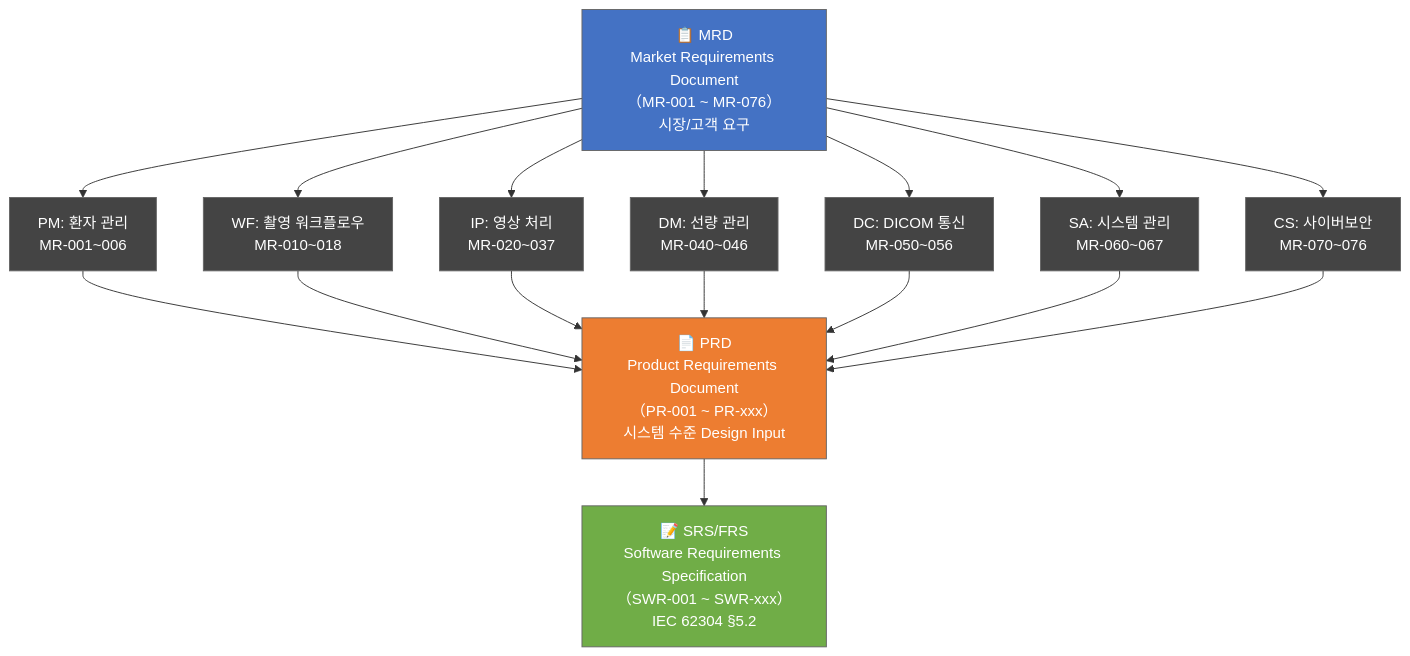
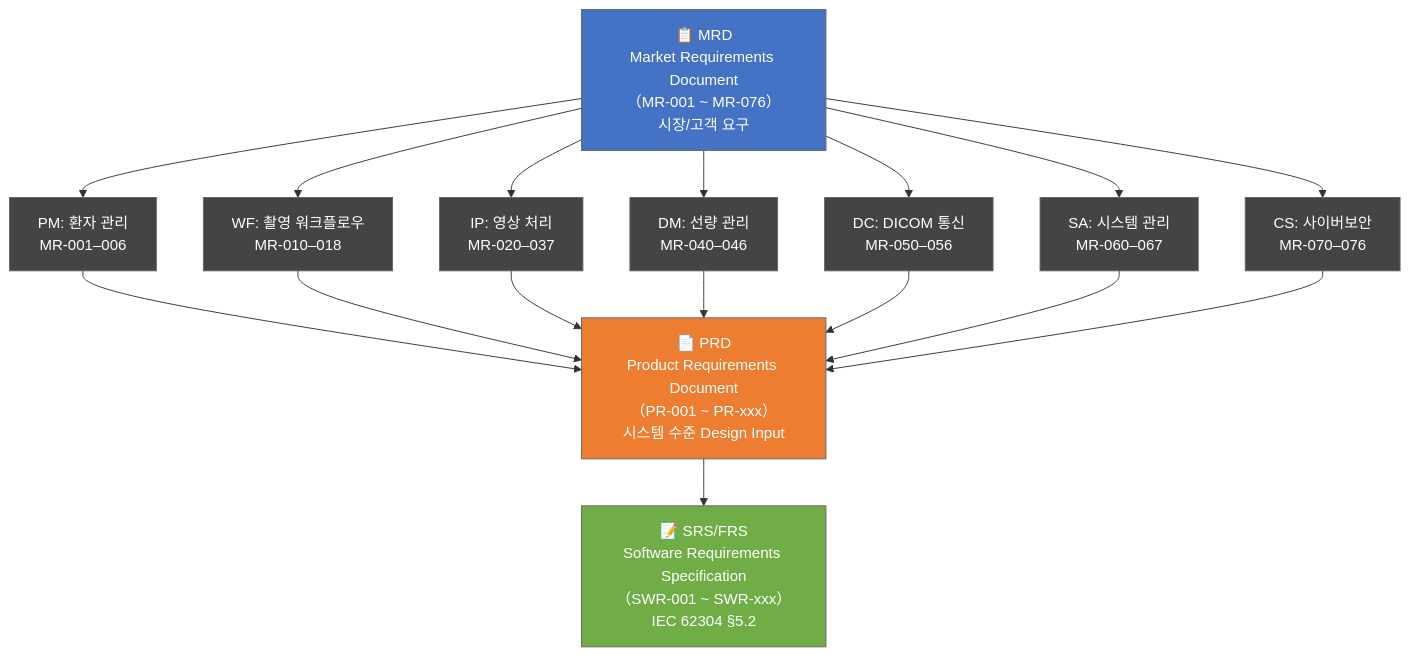
One commit to holee9/console-gui changed the fourth of 13 diagrams in docs/management/DOC-003_SW_Development_Guideline_v1.0.md. Above: the diagram before and after it, drawn with Mermaid. The commit also changed other lines of this file and 39 other files, not shown here.

````diff
--- a/docs/management/DOC-003_SW_Development_Guideline_v1.0.md
+++ b/docs/management/DOC-003_SW_Development_Guideline_v1.0.md
@@ -372,23 +372,23 @@
 ```mermaid
 graph TD
     classDef default fill:#444,stroke:#666,color:#fff
     MRD["📋 MRD<br/>Market Requirements Document<br/>（MR-001 ~ MR-076）<br/>시장/고객 요구"]
     PRD["📄 PRD<br/>Product Requirements Document<br/>（PR-001 ~ PR-xxx）<br/>시스템 수준 Design Input"]
     SRS["📝 SRS/FRS<br/>Software Requirements Specification<br/>（SWR-001 ~ SWR-xxx）<br/>IEC 62304 §5.2"]
 
-    DOMAIN_PM["PM: 환자 관리<br/>MR-001~006"]
-    DOMAIN_WF["WF: 촬영 워크플로우<br/>MR-010~018"]
-    DOMAIN_IP["IP: 영상 처리<br/>MR-020~037"]
-    DOMAIN_DM["DM: 선량 관리<br/>MR-040~046"]
-    DOMAIN_DC["DC: DICOM 통신<br/>MR-050~056"]
-    DOMAIN_SA["SA: 시스템 관리<br/>MR-060~067"]
-    DOMAIN_CS["CS: 사이버보안<br/>MR-070~076"]
+    DOMAIN_PM["PM: 환자 관리<br/>MR-001–006"]
+    DOMAIN_WF["WF: 촬영 워크플로우<br/>MR-010–018"]
+    DOMAIN_IP["IP: 영상 처리<br/>MR-020–037"]
+    DOMAIN_DM["DM: 선량 관리<br/>MR-040–046"]
+    DOMAIN_DC["DC: DICOM 통신<br/>MR-050–056"]
+    DOMAIN_SA["SA: 시스템 관리<br/>MR-060–067"]
+    DOMAIN_CS["CS: 사이버보안<br/>MR-070–076"]
 
     MRD --> DOMAIN_PM & DOMAIN_WF & DOMAIN_IP & DOMAIN_DM & DOMAIN_DC & DOMAIN_SA & DOMAIN_CS
     DOMAIN_PM & DOMAIN_WF & DOMAIN_IP & DOMAIN_DM & DOMAIN_DC & DOMAIN_SA & DOMAIN_CS --> PRD
     PRD --> SRS
 
     style MRD fill:#4472C4,color:#fff
     style PRD fill:#ED7D31,color:#fff
     style SRS fill:#70AD47,color:#fff
 ```
````
